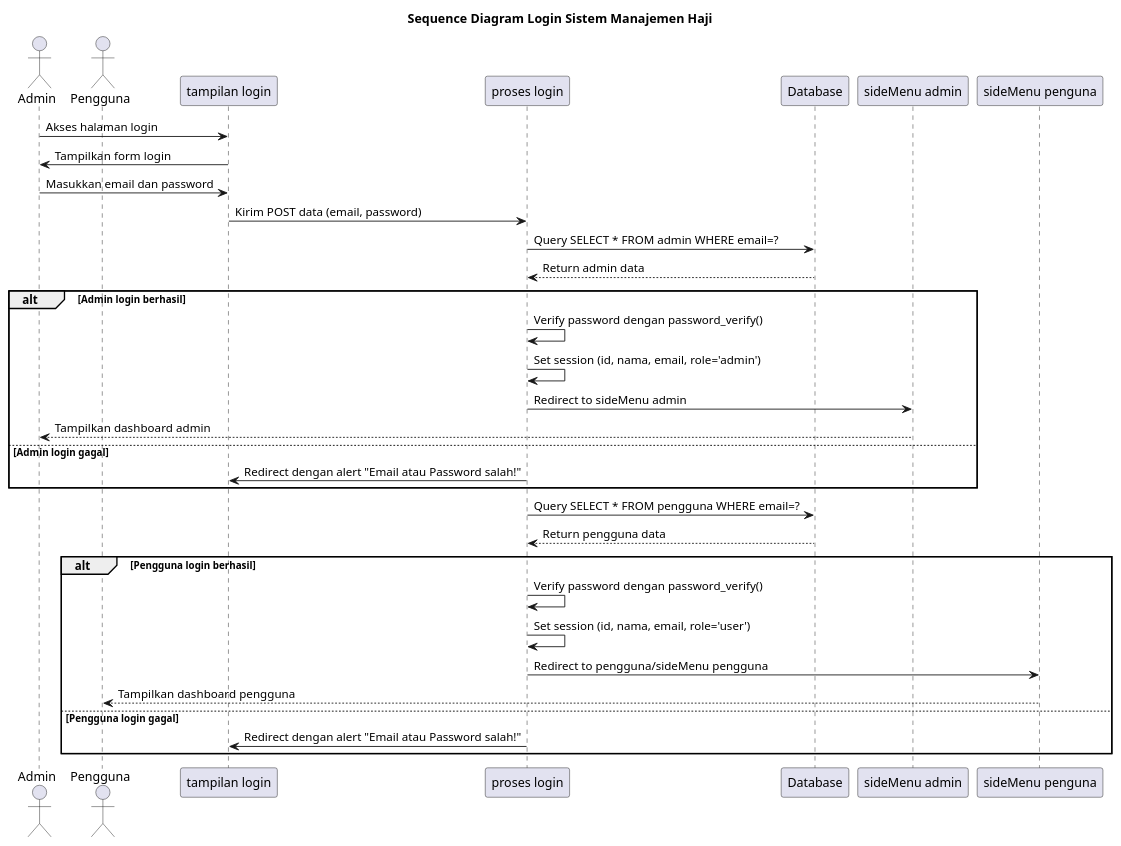
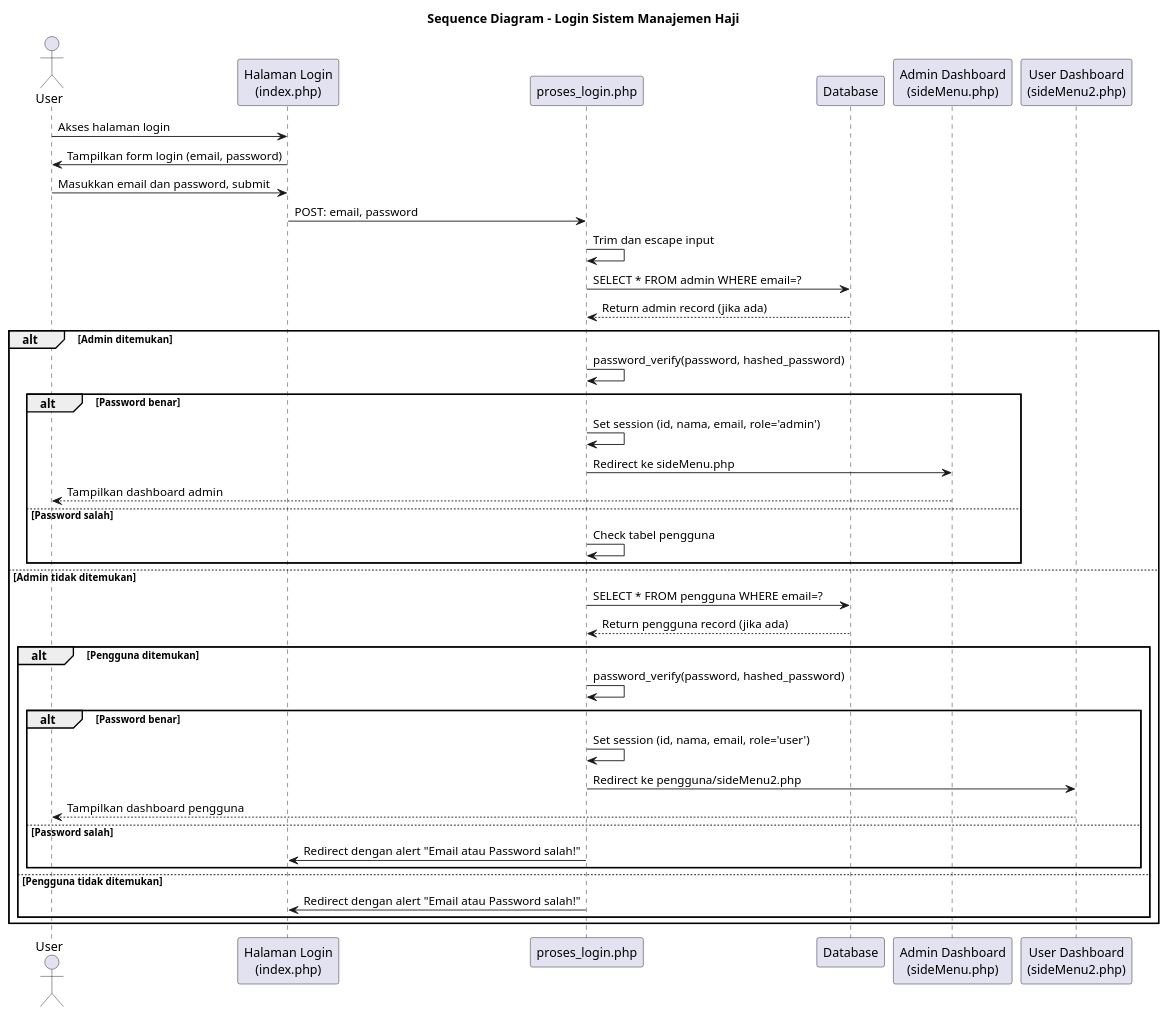
One commit to fauzirahayu/uzicom changed the diagram in komponen/sequence_diagram_login.puml. Above: the diagram before and after it, drawn with PlantUML. The commit also changed 19 other files, not shown here.

```diff
--- a/komponen/sequence_diagram_login.puml
+++ b/komponen/sequence_diagram_login.puml
@@ -1,43 +1,52 @@
 @startuml Sequence Diagram Login
 
-title Sequence Diagram Login Sistem Manajemen Haji
+title Sequence Diagram - Login Sistem Manajemen Haji
 
-actor Admin as Admin
-actor Pengguna as User
-participant "tampilan login" as Index
-participant "proses login" as Login
+actor User
+participant "Halaman Login\n(index.php)" as LoginPage
+participant "proses_login.php" as LoginProcess
 participant "Database" as DB
-participant "sideMenu admin" as AdminMenu
-participant "sideMenu penguna" as UserMenu
+participant "Admin Dashboard\n(sideMenu.php)" as AdminDash
+participant "User Dashboard\n(sideMenu2.php)" as UserDash
 
-Admin -> Index: Akses halaman login
-Index -> Admin: Tampilkan form login
+User -> LoginPage: Akses halaman login
+LoginPage -> User: Tampilkan form login (email, password)
 
-Admin -> Index: Masukkan email dan password
-Index -> Login: Kirim POST data (email, password)
+User -> LoginPage: Masukkan email dan password, submit
+LoginPage -> LoginProcess: POST: email, password
 
-Login -> DB: Query SELECT * FROM admin WHERE email=?
-DB --> Login: Return admin data
+LoginProcess -> LoginProcess: Trim dan escape input
 
-alt Admin login berhasil
-    Login -> Login: Verify password dengan password_verify()
-    Login -> Login: Set session (id, nama, email, role='admin')
-    Login -> AdminMenu: Redirect to sideMenu admin
-    AdminMenu --> Admin: Tampilkan dashboard admin
-else Admin login gagal
-    Login -> Index: Redirect dengan alert "Email atau Password salah!"
-end
+LoginProcess -> DB: SELECT * FROM admin WHERE email=?
+DB --> LoginProcess: Return admin record (jika ada)
 
-Login -> DB: Query SELECT * FROM pengguna WHERE email=?
-DB --> Login: Return pengguna data
-
-alt Pengguna login berhasil
-    Login -> Login: Verify password dengan password_verify()
-    Login -> Login: Set session (id, nama, email, role='user')
-    Login -> UserMenu: Redirect to pengguna/sideMenu pengguna
-    UserMenu --> User: Tampilkan dashboard pengguna
-else Pengguna login gagal
-    Login -> Index: Redirect dengan alert "Email atau Password salah!"
+alt Admin ditemukan
+    LoginProcess -> LoginProcess: password_verify(password, hashed_password)
+    
+    alt Password benar
+        LoginProcess -> LoginProcess: Set session (id, nama, email, role='admin')
+        LoginProcess -> AdminDash: Redirect ke sideMenu.php
+        AdminDash --> User: Tampilkan dashboard admin
+    else Password salah
+        LoginProcess -> LoginProcess: Check tabel pengguna
+    end
+else Admin tidak ditemukan
+    LoginProcess -> DB: SELECT * FROM pengguna WHERE email=?
+    DB --> LoginProcess: Return pengguna record (jika ada)
+    
+    alt Pengguna ditemukan
+        LoginProcess -> LoginProcess: password_verify(password, hashed_password)
+        
+        alt Password benar
+            LoginProcess -> LoginProcess: Set session (id, nama, email, role='user')
+            LoginProcess -> UserDash: Redirect ke pengguna/sideMenu2.php
+            UserDash --> User: Tampilkan dashboard pengguna
+        else Password salah
+            LoginProcess -> LoginPage: Redirect dengan alert "Email atau Password salah!"
+        end
+    else Pengguna tidak ditemukan
+        LoginProcess -> LoginPage: Redirect dengan alert "Email atau Password salah!"
+    end
 end
 
 @enduml
```
